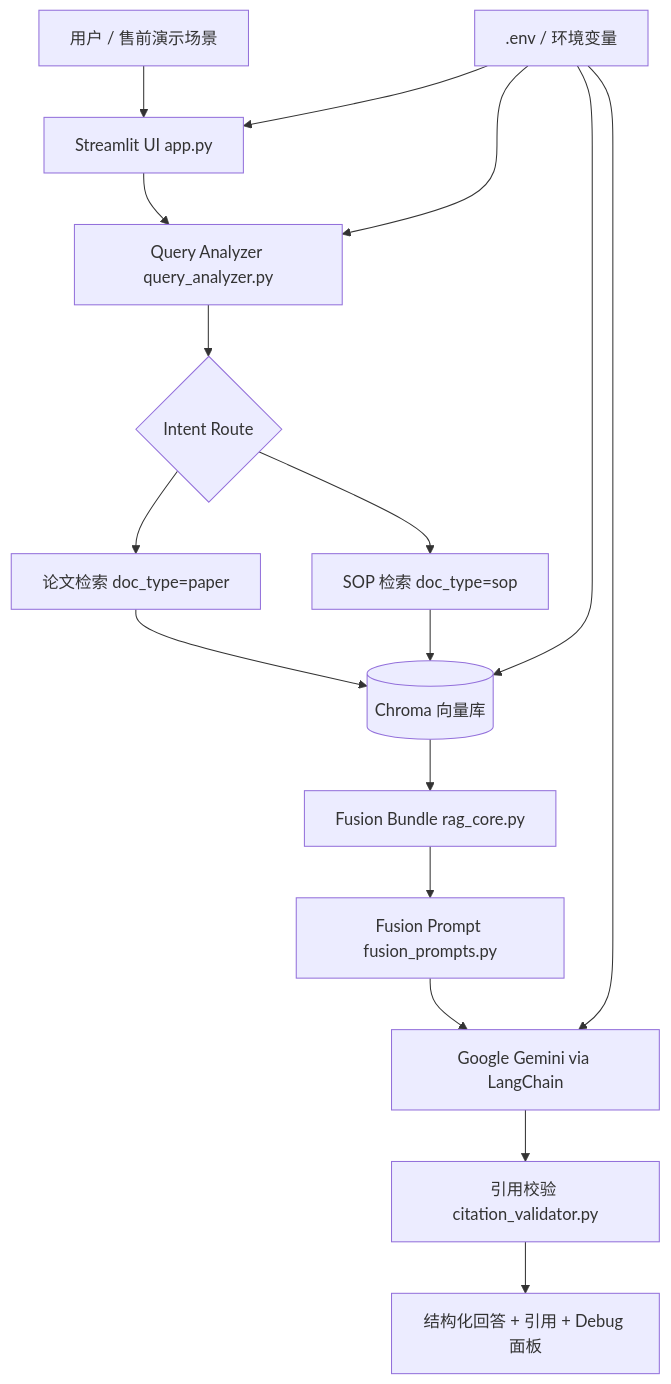
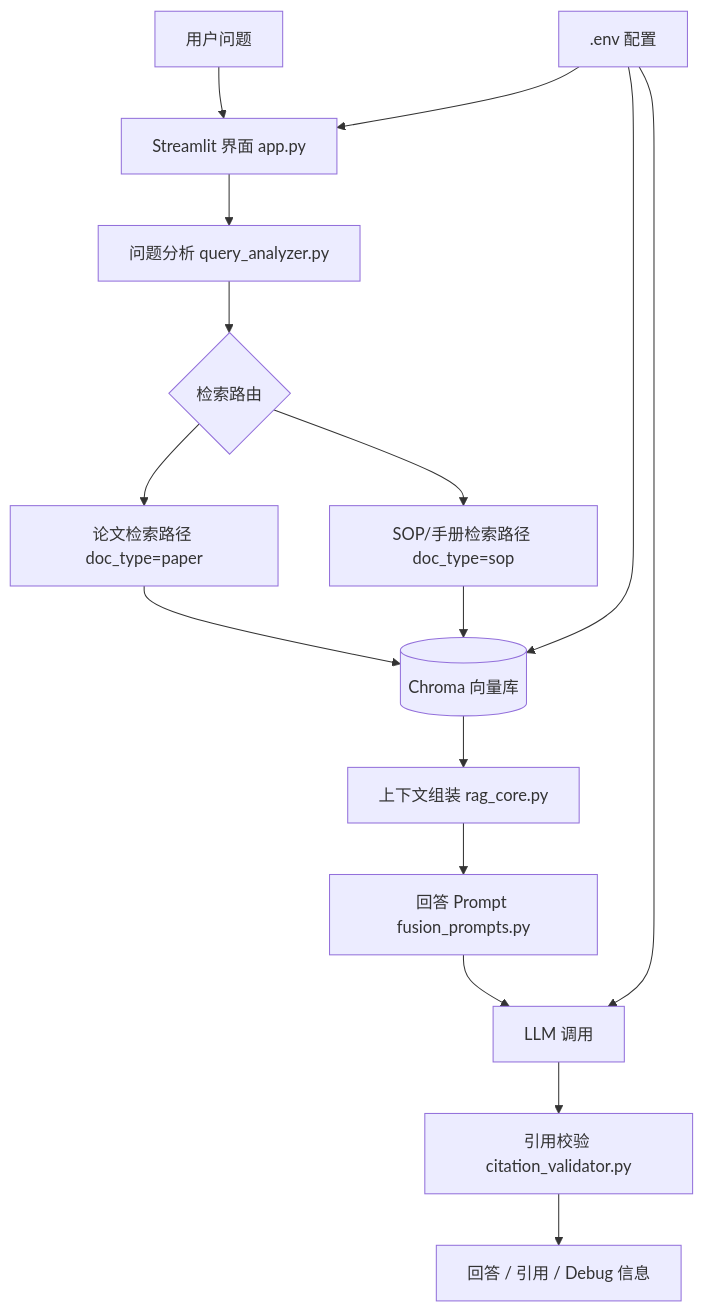
The diagram in README.md (xli561980-ship-it/RMN_Agent), drawn with Mermaid before and after one commit. The commit also changed other lines of this file and 3 other files, not shown here.

````diff
--- a/README.md
+++ b/README.md
@@ -41,19 +106,18 @@
 ```mermaid
 flowchart TD
-    User[用户 / 售前演示场景] --> UI[Streamlit UI app.py]
-    UI --> Analyzer[Query Analyzer query_analyzer.py]
-    Analyzer --> Router{Intent Route}
-    Router --> PaperRetriever[论文检索 doc_type=paper]
-    Router --> SOPRetriever[SOP 检索 doc_type=sop]
-    PaperRetriever --> Chroma[(Chroma 向量库)]
-    SOPRetriever --> Chroma
-    Chroma --> Bundle[Fusion Bundle rag_core.py]
-    Bundle --> Prompt[Fusion Prompt fusion_prompts.py]
-    Prompt --> LLM[Google Gemini via LangChain]
+    User[用户问题] --> UI[Streamlit 界面 app.py]
+    UI --> Analyzer[问题分析 query_analyzer.py]
+    Analyzer --> Router{检索路由}
+    Router --> Paper[论文检索路径 doc_type=paper]
+    Router --> SOP[SOP/手册检索路径 doc_type=sop]
+    Paper --> Chroma[(Chroma 向量库)]
+    SOP --> Chroma
+    Chroma --> Context[上下文组装 rag_core.py]
+    Context --> Prompt[回答 Prompt fusion_prompts.py]
+    Prompt --> LLM[LLM 调用]
     LLM --> Validator[引用校验 citation_validator.py]
-    Validator --> Output[结构化回答 + 引用 + Debug 面板]
-    Config[.env / 环境变量] --> UI
-    Config --> Analyzer
+    Validator --> Output[回答 / 引用 / Debug 信息]
+    Config[.env 配置] --> UI
     Config --> Chroma
     Config --> LLM
 ```
````
